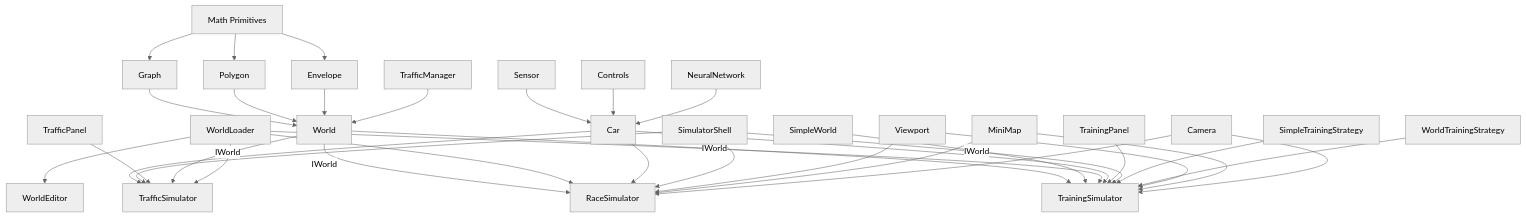
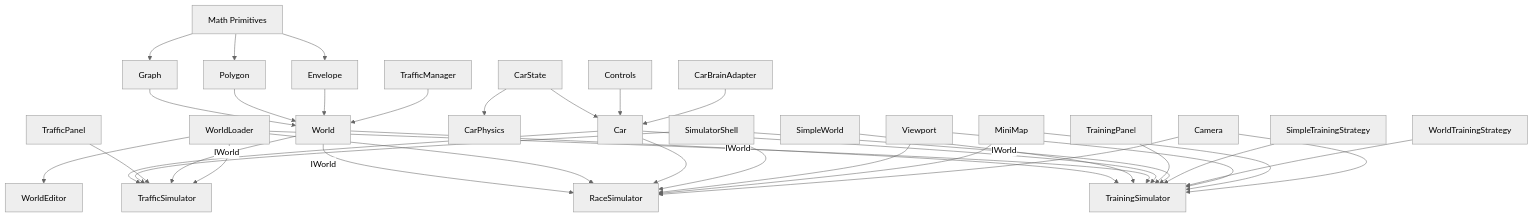
The diagram in docs/Architecture.md (alekseykravetz/Self-driving-car), drawn with Mermaid (neutral theme) before and after one commit. The commit also changed other lines of this file and 3 other files, not shown here.

Commit message:
Refactor architecture documentation to clarify component interactions and update neural network integration details

````diff
--- a/docs/Architecture.md
+++ b/docs/Architecture.md
@@ -92,37 +92,38 @@
 ```mermaid
 graph TD
     Math[Math Primitives] --> Graph
     Math --> Polygon
     Math --> Envelope
     Graph --> World
     Polygon --> World
     Envelope --> World
     World -->|IWorld| TrainingSimulator
     SimpleWorld -->|IWorld| TrainingSimulator
     World -->|IWorld| RaceSimulator
     WorldLoader --> TrainingSimulator
     WorldLoader --> RaceSimulator
     WorldLoader --> WorldEditor
-    Sensor --> Car
+    CarState --> CarPhysics
+    CarState --> Car
     Controls --> Car
-    NeuralNetwork --> Car
+    CarBrainAdapter --> Car
     Car --> TrainingSimulator
     Car --> RaceSimulator
     Car --> TrafficSimulator
     TrainingPanel --> TrainingSimulator
     SimulatorShell --> TrainingSimulator
     SimpleTrainingStrategy --> TrainingSimulator
     WorldTrainingStrategy --> TrainingSimulator
     SimulatorShell --> TrafficSimulator
     SimulatorShell --> RaceSimulator
     TrafficPanel --> TrafficSimulator
     World -->|IWorld| TrafficSimulator
     WorldLoader --> TrafficSimulator
     Viewport --> TrainingSimulator
     Viewport --> RaceSimulator
     MiniMap --> TrainingSimulator
     MiniMap --> RaceSimulator
     Camera --> TrainingSimulator
     Camera --> RaceSimulator
     TrafficManager --> World
 ```
````
